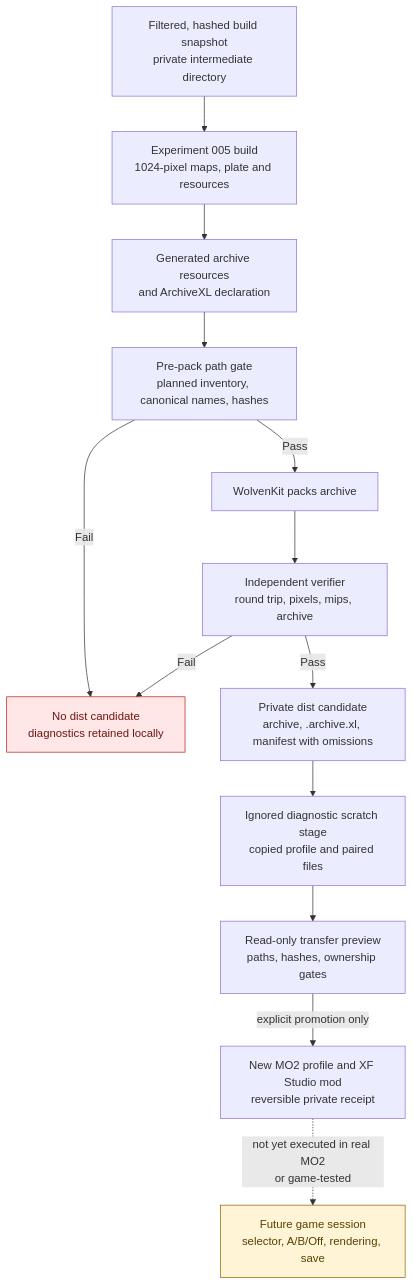
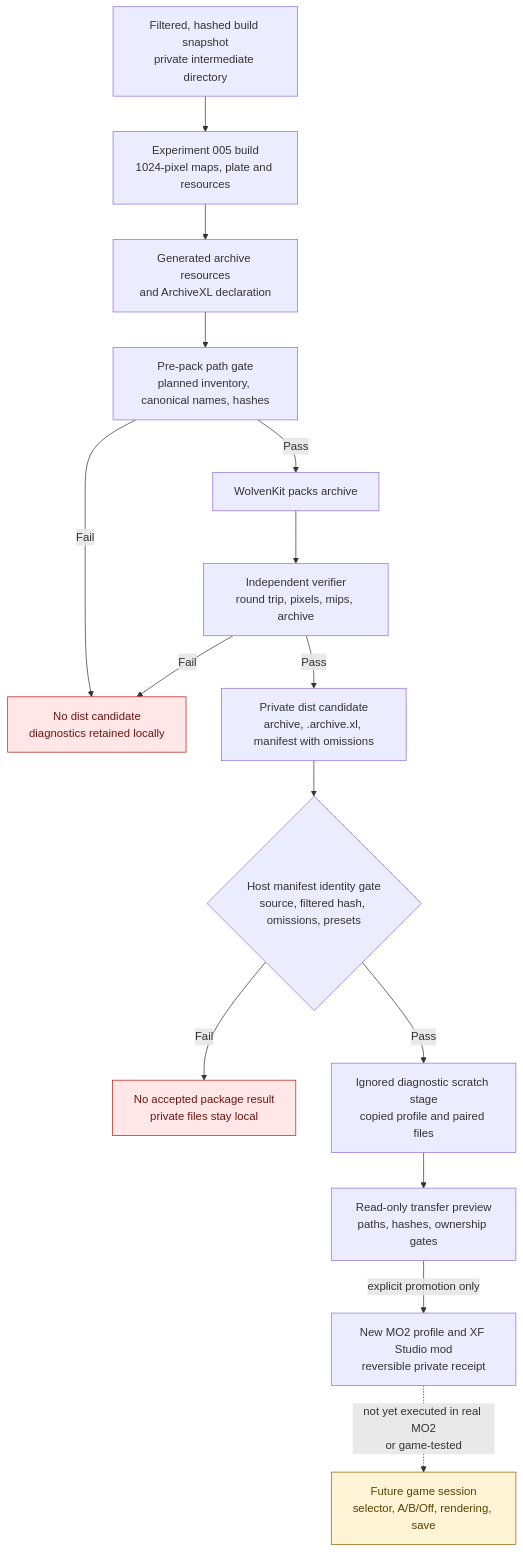
The second of 3 diagrams in research/authoring/studio-to-mod-pipeline.md (axefrog/xf-studio), drawn with Mermaid before and after one commit. The commit also changed other lines of this file and 8 other files, not shown here.

Commit message:
Extract portable package result gate and configurable build paths

````diff
--- a/research/authoring/studio-to-mod-pipeline.md
+++ b/research/authoring/studio-to-mod-pipeline.md
@@ -41,20 +41,22 @@
 ```mermaid
 flowchart TB
   snapshot["Filtered, hashed build snapshot<br/>private intermediate directory"] --> bake["Experiment 005 build<br/>1024-pixel maps, plate and resources"]
   bake --> resources["Generated archive resources<br/>and ArchiveXL declaration"]
   resources --> gate["Pre-pack path gate<br/>planned inventory, canonical names, hashes"]
   gate -- Fail --> stop
   gate -- Pass --> pack["WolvenKit packs archive"]
   pack --> verifier["Independent verifier<br/>round trip, pixels, mips, archive"]
   verifier -- Fail --> stop["No dist candidate<br/>diagnostics retained locally"]
   verifier -- Pass --> dist["Private dist candidate<br/>archive, .archive.xl, manifest with omissions"]
-  dist --> scratch["Ignored diagnostic scratch stage<br/>copied profile and paired files"]
+  dist --> resultGate{"Host manifest identity gate<br/>source, filtered hash, omissions, presets"}
+  resultGate -- Fail --> unaccepted["No accepted package result<br/>private files stay local"]
+  resultGate -- Pass --> scratch["Ignored diagnostic scratch stage<br/>copied profile and paired files"]
   scratch --> preview["Read-only transfer preview<br/>paths, hashes, ownership gates"]
   preview -- "explicit promotion only" --> mo2["New MO2 profile and XF Studio mod<br/>reversible private receipt"]
   mo2 -. "not yet executed in real MO2<br/>or game-tested" .-> runtime["Future game session<br/>selector, A/B/Off, rendering, save"]
 
   classDef blocked fill:#ffe7e7,stroke:#b42318,color:#6e1611;
   classDef pending fill:#fff4d6,stroke:#946200,color:#594000;
-  class stop blocked;
+  class stop,unaccepted blocked;
   class runtime pending;
 ```
````
